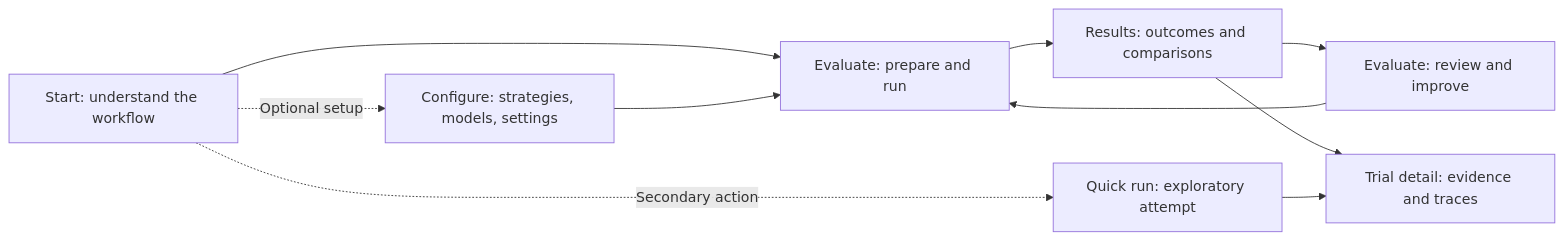
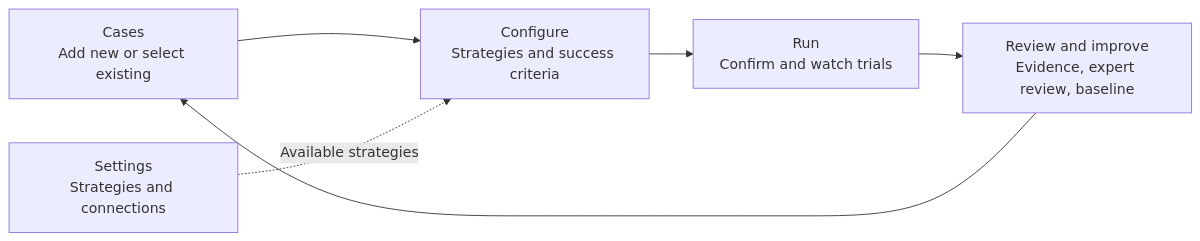
The first of 2 diagrams in docs/product/user-journey.md (niksacdev/rove), drawn with Mermaid before and after one commit. The commit also changed other lines of this file and 31 other files, not shown here.

````diff
--- a/docs/product/user-journey.md
+++ b/docs/product/user-journey.md
@@ -24,12 +34,8 @@
 ```mermaid
 flowchart LR
-    Start["Start: understand the workflow"] --> Evaluate["Evaluate: prepare and run"]
-    Evaluate --> Results["Results: outcomes and comparisons"]
-    Results --> Review["Evaluate: review and improve"]
-    Review --> Evaluate
-    Results --> Trials["Trial detail: evidence and traces"]
-    Start -. Optional setup .-> Configure["Configure: strategies, models, settings"]
-    Configure --> Evaluate
-    Start -. Secondary action .-> Quick["Quick run: exploratory attempt"]
-    Quick --> Trials
+    C["Cases<br/>Add new or select existing"] --> F["Configure<br/>Strategies and success criteria"]
+    F --> R["Run<br/>Confirm and watch trials"]
+    R --> V["Review and improve<br/>Evidence, expert review, baseline"]
+    V --> C
+    S["Settings<br/>Strategies and connections"] -. Available strategies .-> F
 ```
````
